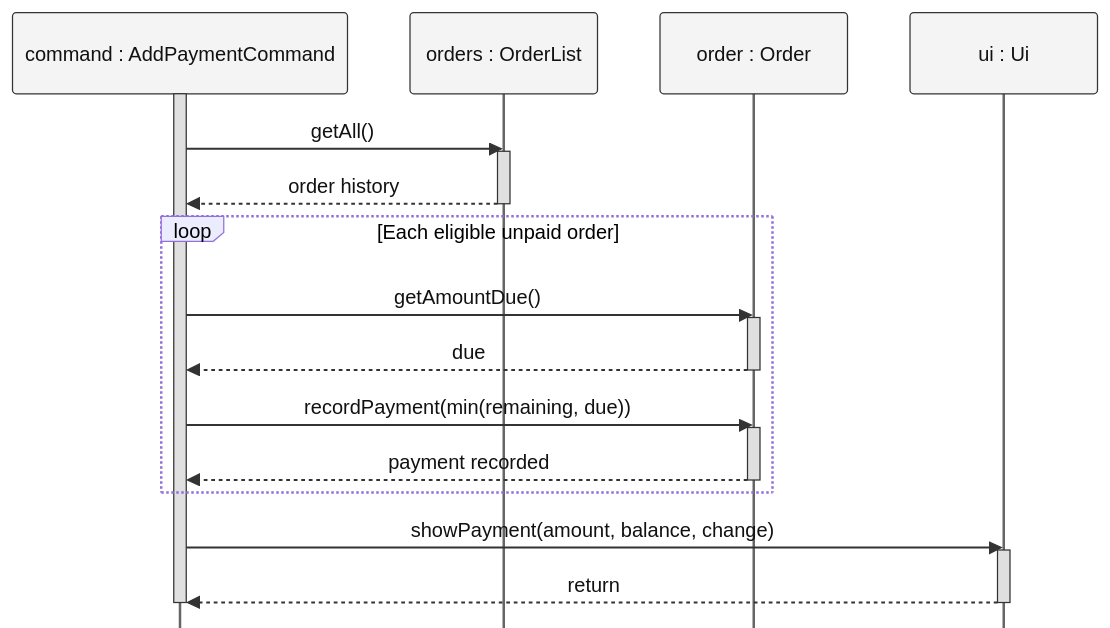
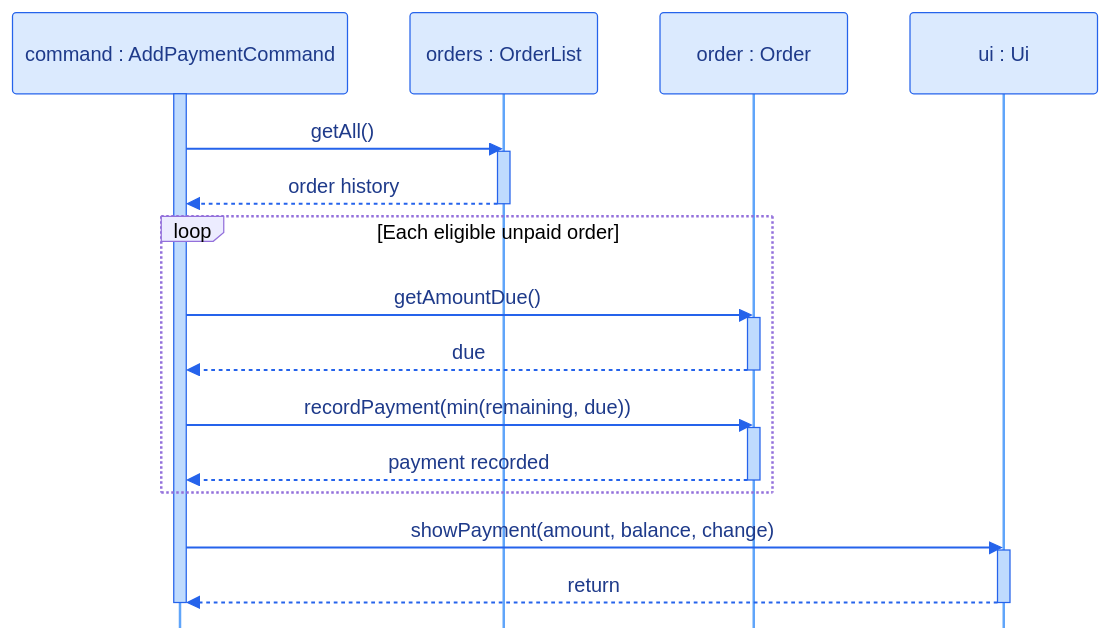
Before and after one commit to AY2627S1-CS2113-T11-1/tp: the diagram in docs/diagrams/customer-payment.mmd, drawn with Mermaid. The commit also changed 7 other files, not shown here.

First line of the commit message:
docs: rebuild UML expense sequence diagrams

```diff
--- a/docs/diagrams/customer-payment.mmd
+++ b/docs/diagrams/customer-payment.mmd
@@ -1,27 +1,27 @@
-%%{init: {"sequence": {"mirrorActors": false}, "themeCSS": ".actor-line { stroke-dasharray: 4 4; } .loopLine { stroke-dasharray: none !important; }", "themeVariables": {"actorBkg": "#f4f4f4", "actorBorder": "#333333", "actorTextColor": "#111111", "actorLineColor": "#666666", "signalColor": "#333333", "signalTextColor": "#111111", "activationBkgColor": "#e0e0e0", "activationBorderColor": "#333333"}}}%%
+%%{init: {"sequence": {"mirrorActors": false}, "themeCSS": ".actor-line { stroke-dasharray: 4 4; } .loopLine { stroke-dasharray: none !important; }", "themeVariables": {"actorBkg": "#dbeafe", "actorBorder": "#2563eb", "actorTextColor": "#1e3a8a", "actorLineColor": "#60a5fa", "signalColor": "#2563eb", "signalTextColor": "#1e3a8a", "activationBkgColor": "#bfdbfe", "activationBorderColor": "#2563eb"}}}%%
 sequenceDiagram
     %% Partial payments are allocated across eligible orders in creation order.
     participant C as command : AddPaymentCommand
     participant L as orders : OrderList
     participant O as order : Order
     participant U as ui : Ui
     activate C
     C->>L: getAll()
     activate L
     L-->>C: order history
     deactivate L
     loop Each eligible unpaid order
         C->>O: getAmountDue()
         activate O
         O-->>C: due
         deactivate O
         C->>O: recordPayment(min(remaining, due))
         activate O
         O-->>C: payment recorded
         deactivate O
     end
     C->>U: showPayment(amount, balance, change)
     activate U
     U-->>C: return
     deactivate U
     deactivate C
```
